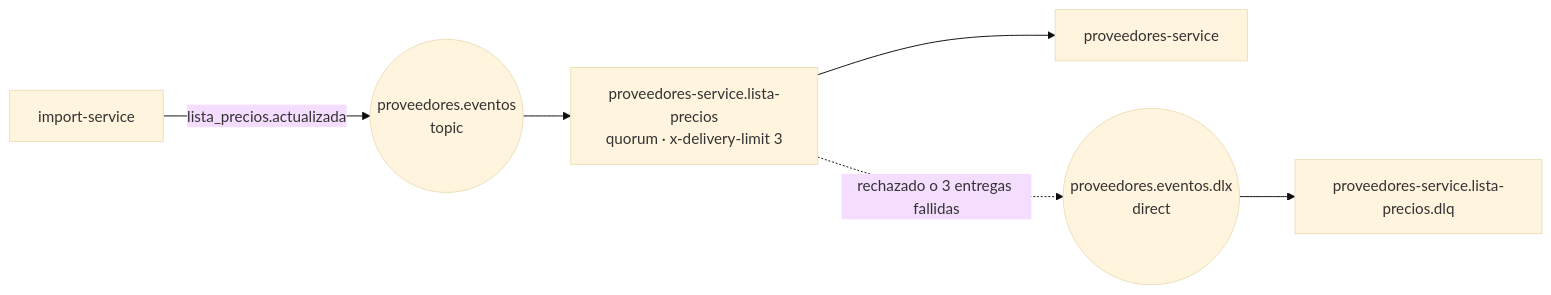
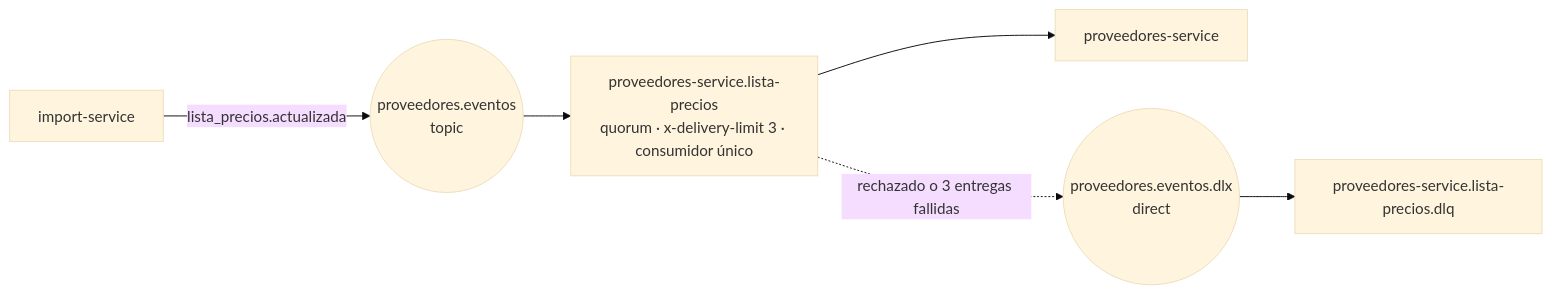
One commit to matiasdemetriorufeil/arq-soft-proveedores changed the diagram in docs/contracts/eventos.md. Above: the diagram before and after it, drawn with Mermaid (base theme). The commit also changed other lines of this file and 8 other files, not shown here.

````diff
--- a/docs/contracts/eventos.md
+++ b/docs/contracts/eventos.md
@@ -35,8 +35,8 @@
 ```mermaid
 flowchart LR
     imp[import-service] -- "lista_precios.actualizada" --> ex(("proveedores.eventos<br/>topic"))
-    ex --> q["proveedores-service.lista-precios<br/>quorum · x-delivery-limit 3"]
+    ex --> q["proveedores-service.lista-precios<br/>quorum · x-delivery-limit 3 · consumidor único"]
     q --> prov[proveedores-service]
     q -. "rechazado o 3 entregas fallidas" .-> dlx(("proveedores.eventos.dlx<br/>direct"))
     dlx --> dlq["proveedores-service.lista-precios.dlq"]
 ```
````
